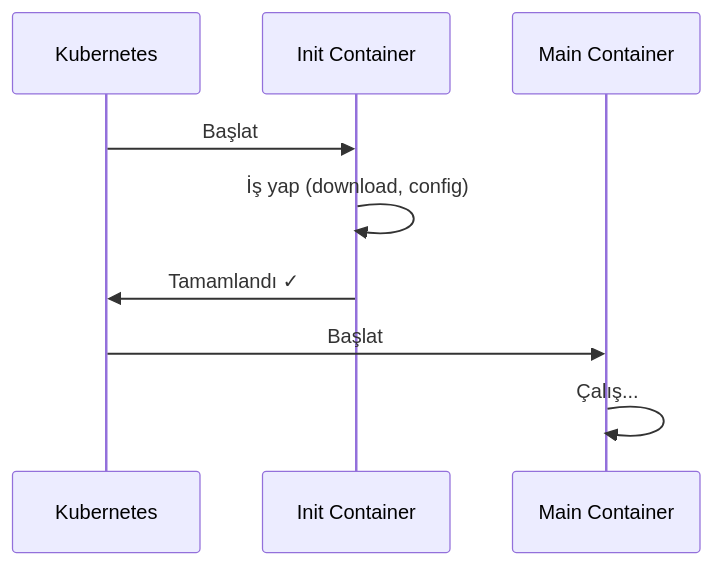
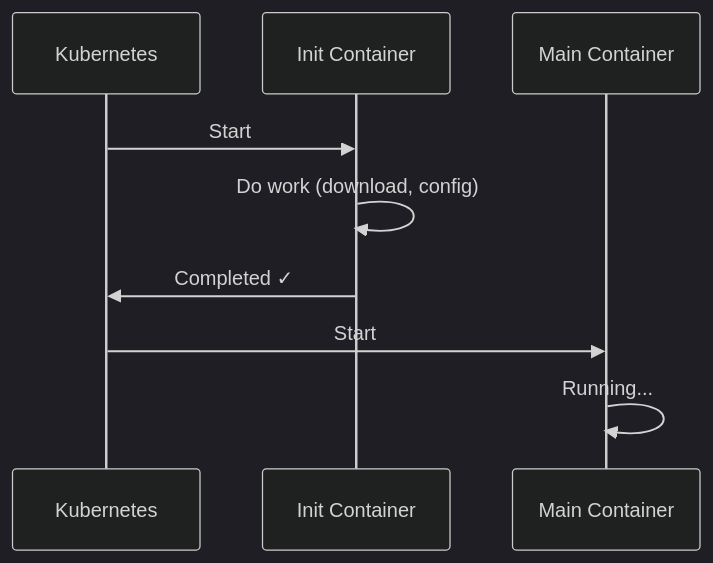
Before and after one commit to uzunenes/CKAD: the third of 3 diagrams in labs/lab-02-multi-container-pods.md, drawn with Mermaid. The commit also changed other lines of this file and 15 other files, not shown here.

Commit message:
🌍 Complete English translation - All 17 labs translated with dark mermaid themes

````diff
--- a/labs/lab-02-multi-container-pods.md
+++ b/labs/lab-02-multi-container-pods.md
@@ -153,12 +145,13 @@
 ```mermaid
+%%{init: {'theme': 'dark'}}%%
 sequenceDiagram
     participant K as Kubernetes
     participant I as Init Container
     participant M as Main Container
     
-    K->>I: Başlat
-    I->>I: İş yap (download, config)
-    I->>K: Tamamlandı ✓
-    K->>M: Başlat
-    M->>M: Çalış...
+    K->>I: Start
+    I->>I: Do work (download, config)
+    I->>K: Completed ✓
+    K->>M: Start
+    M->>M: Running...
 ```
````
